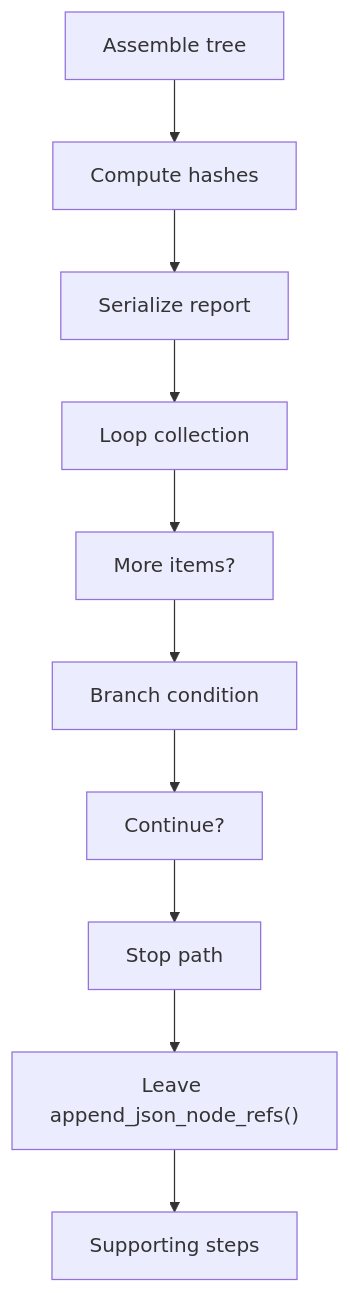
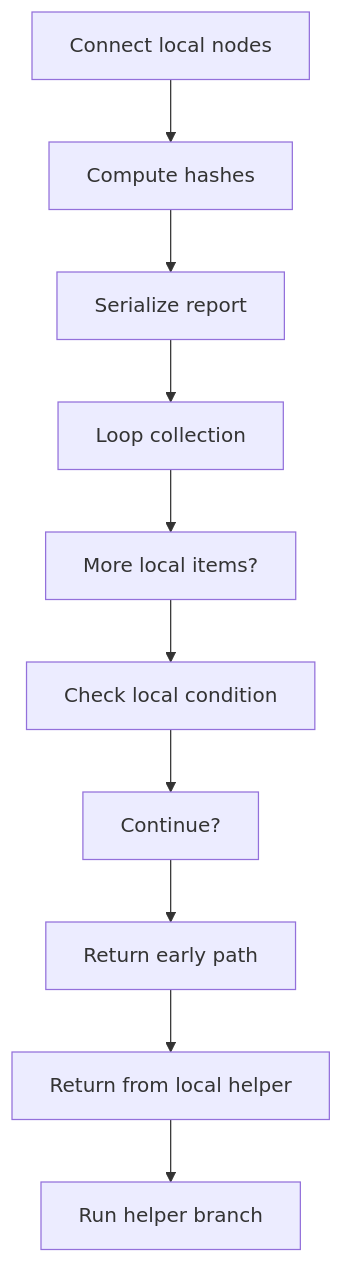
One commit to JohnAndrewBalbarosa/NeoTerritory changed the third of 8 diagrams in docs/Codebase/Microservice/Modules/Source/OutputGeneration/UnitTestGeneration/Flow/algorithm_pipeline_program_flow_02.cpp.md. Above: the diagram before and after it, drawn with Mermaid. The commit also changed other lines of this file and 915 other files, not shown here.

````diff
--- a/docs/Codebase/Microservice/Modules/Source/OutputGeneration/UnitTestGeneration/Flow/algorithm_pipeline_program_flow_02.cpp.md
+++ b/docs/Codebase/Microservice/Modules/Source/OutputGeneration/UnitTestGeneration/Flow/algorithm_pipeline_program_flow_02.cpp.md
@@ -61,22 +61,22 @@
 ```mermaid
 flowchart TD
-    N0["Assemble tree"]
+    N0["Connect local nodes"]
     N1["Compute hashes"]
     N2["Serialize report"]
     N3["Loop collection"]
-    N4["More items?"]
-    N5["Branch condition"]
+    N4["More local items?"]
+    N5["Check local condition"]
     N6["Continue?"]
-    N7["Stop path"]
-    N8["Leave append_json_node_refs()"]
-    N9["Supporting steps"]
+    N7["Return early path"]
+    N8["Return from local helper"]
+    N9["Run helper branch"]
     N0 --> N1
     N1 --> N2
     N2 --> N3
     N3 --> N4
     N4 --> N5
     N5 --> N6
     N6 --> N7
     N7 --> N8
     N8 --> N9
 ```
````
